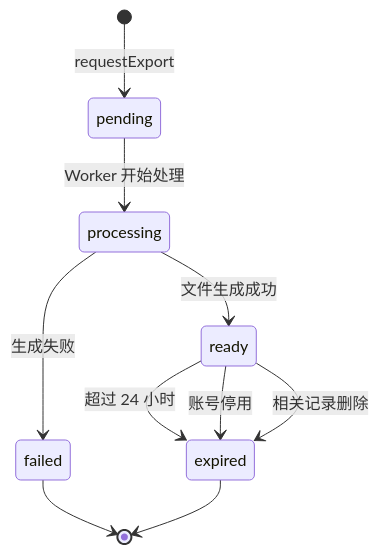
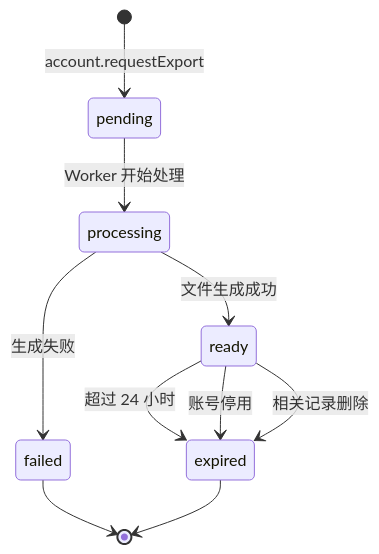
The diagram in docs/week1/XiangYu/export-flow-design.md (HX-Jan/MoodSky), drawn with Mermaid before and after one commit. The commit also changed other lines of this file and 105 other files, not shown here.

````diff
--- a/docs/week1/XiangYu/export-flow-design.md
+++ b/docs/week1/XiangYu/export-flow-design.md
@@ -173,12 +84,12 @@
 ```mermaid
 stateDiagram-v2
-    [*] --> pending: requestExport
+    [*] --> pending: account.requestExport
     pending --> processing: Worker 开始处理
     processing --> ready: 文件生成成功
     processing --> failed: 生成失败
     ready --> expired: 超过 24 小时
     ready --> expired: 账号停用
     ready --> expired: 相关记录删除
     failed --> [*]
     expired --> [*]
 ```
````
